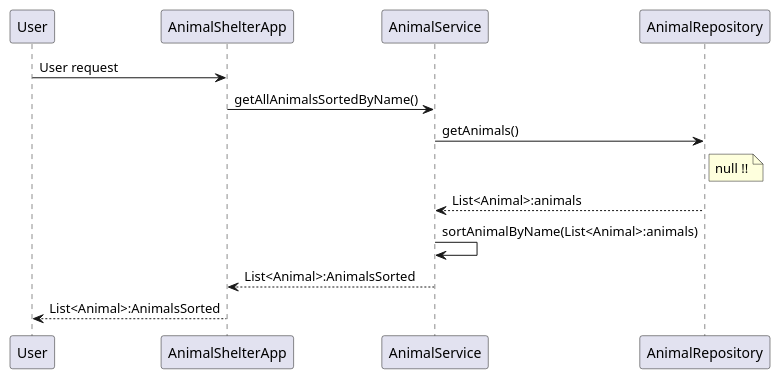
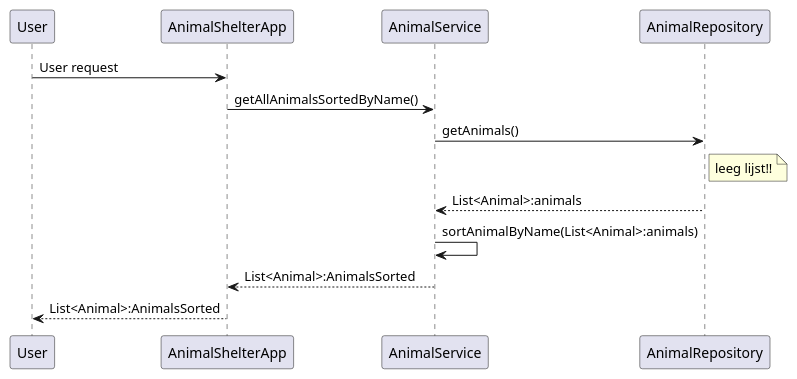
One commit to Hanagami3/Vaccination-Maxime changed the diagram in analysis/getAllAnimalsSortedByName/sequence_getAllAnimalsSortedByName.puml. Above: the diagram before and after it, drawn with PlantUML. The commit also changed 24 other files, not shown here.

```diff
--- a/analysis/getAllAnimalsSortedByName/sequence_getAllAnimalsSortedByName.puml
+++ b/analysis/getAllAnimalsSortedByName/sequence_getAllAnimalsSortedByName.puml
@@ -1,15 +1,15 @@
 @startuml
 
 User -> AnimalShelterApp : User request
 AnimalShelterApp -> AnimalService : getAllAnimalsSortedByName()
 AnimalService -> AnimalRepository : getAnimals()
 
-note right of AnimalRepository : null !!
+note right of AnimalRepository : leeg lijst!!
 
 AnimalService <-- AnimalRepository : List<Animal>:animals
 AnimalService -> AnimalService : sortAnimalByName(List<Animal>:animals)
 
 AnimalShelterApp <-- AnimalService : List<Animal>:AnimalsSorted
 User <-- AnimalShelterApp : List<Animal>:AnimalsSorted
 
 @enduml
```
